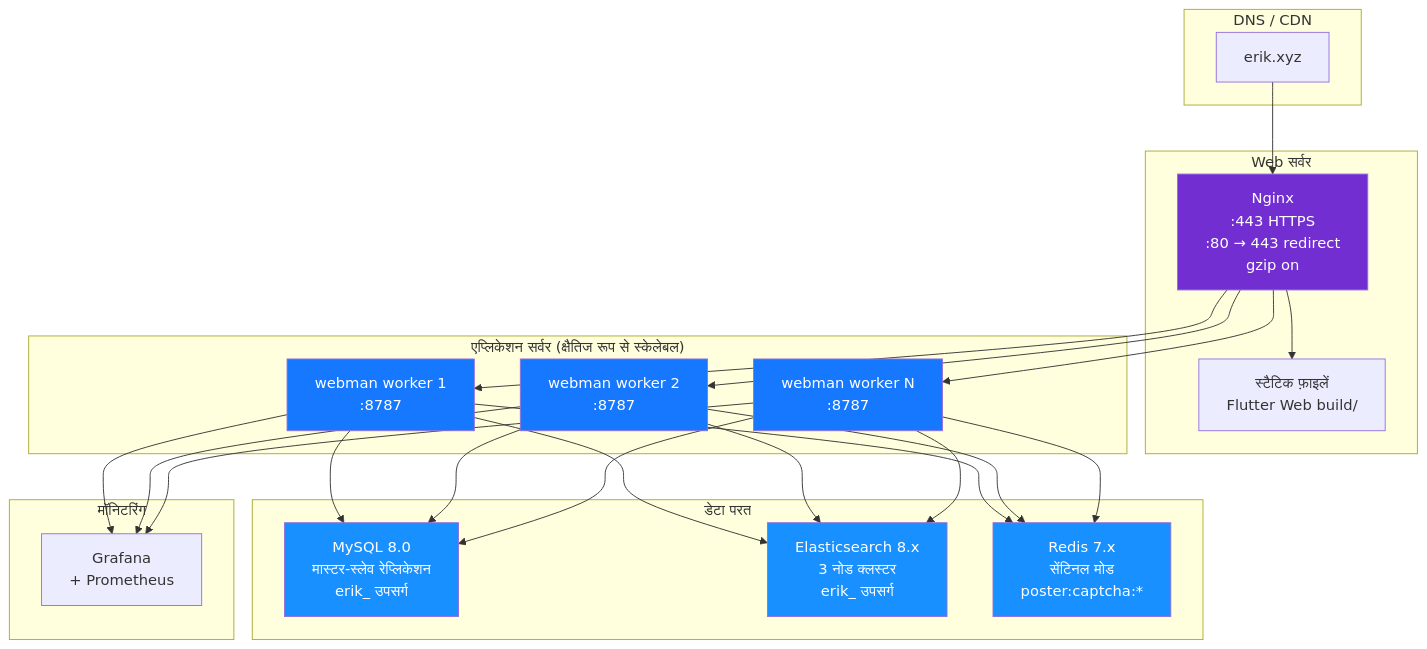
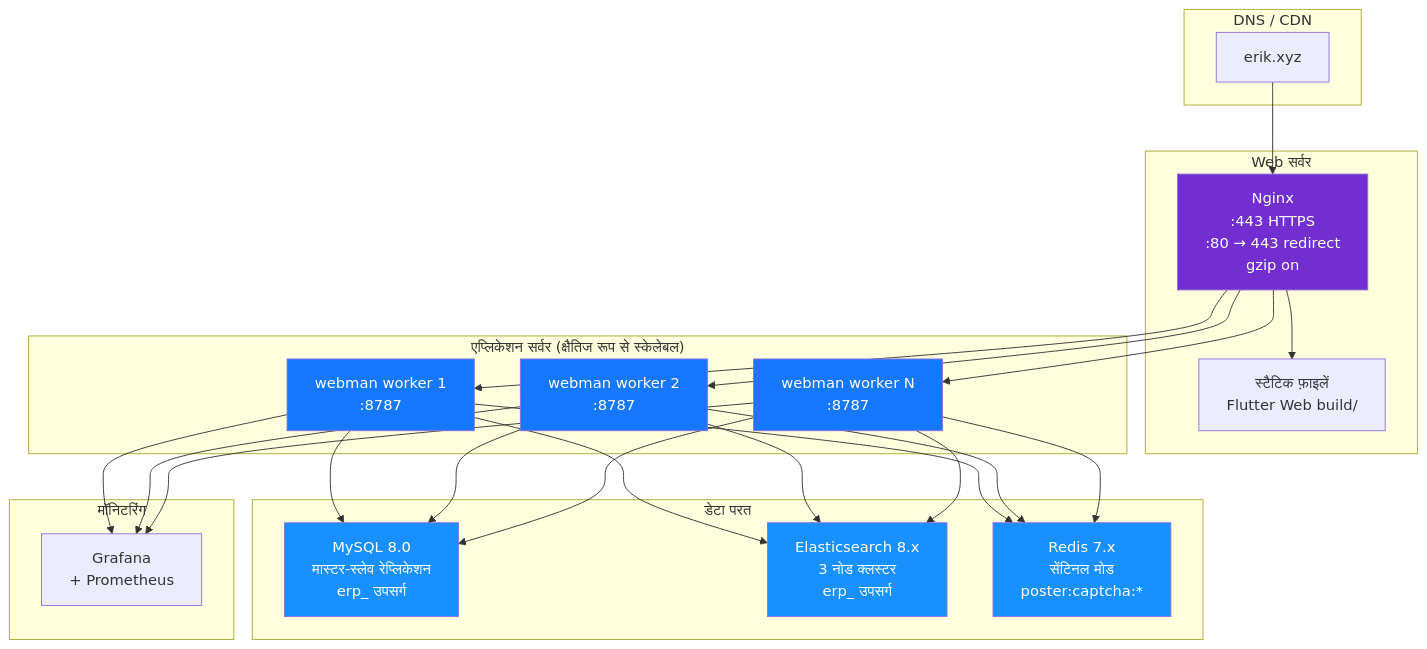
Before and after one commit to erikwang2013/erp-php: diagram 14 of 20 in docs/i18n/hi/ARCHITECTURE.md, drawn with Mermaid. The commit also changed other lines of this file and 449 other files, not shown here.

First line of the commit message:
全局命名统一：数据库 erp、表前缀 erp_、Redis 前缀 erp:（原 erik_/open_admin）

````diff
--- a/docs/i18n/hi/ARCHITECTURE.md
+++ b/docs/i18n/hi/ARCHITECTURE.md
@@ -661,43 +661,43 @@
 ```mermaid
 flowchart TB
     subgraph "DNS / CDN"
         DNS["erik.xyz"]
     end
 
     subgraph "Web सर्वर"
         NGX["Nginx<br/>:443 HTTPS<br/>:80 → 443 redirect<br/>gzip on"]
         STA["स्टैटिक फ़ाइलें<br/>Flutter Web build/"]
     end
 
     subgraph "एप्लिकेशन सर्वर (क्षैतिज रूप से स्केलेबल)"
         WM1["webman worker 1<br/>:8787"]
         WM2["webman worker 2<br/>:8787"]
         WM3["webman worker N<br/>:8787"]
     end
 
     subgraph "डेटा परत"
-        MYSQL["MySQL 8.0<br/>मास्टर-स्लेव रेप्लिकेशन<br/>erik_ उपसर्ग"]
-        ES["Elasticsearch 8.x<br/>3 नोड क्लस्टर<br/>erik_ उपसर्ग"]
+        MYSQL["MySQL 8.0<br/>मास्टर-स्लेव रेप्लिकेशन<br/>erp_ उपसर्ग"]
+        ES["Elasticsearch 8.x<br/>3 नोड क्लस्टर<br/>erp_ उपसर्ग"]
         REDIS["Redis 7.x<br/>सेंटिनल मोड<br/>poster:captcha:*"]
     end
 
     subgraph "मॉनिटरिंग"
         MON["Grafana<br/>+ Prometheus"]
     end
 
     DNS --> NGX
     NGX --> STA
     NGX --> WM1 & WM2 & WM3
     WM1 & WM2 & WM3 --> MYSQL
     WM1 & WM2 & WM3 --> ES
     WM1 & WM2 & WM3 --> REDIS
     WM1 & WM2 & WM3 --> MON
 
     style NGX fill:#722ED1,color:#fff
     style WM1 fill:#1677FF,color:#fff
     style WM2 fill:#1677FF,color:#fff
     style WM3 fill:#1677FF,color:#fff
     style MYSQL fill:#1890FF,color:#fff
     style ES fill:#1890FF,color:#fff
     style REDIS fill:#1890FF,color:#fff
 ```
````
